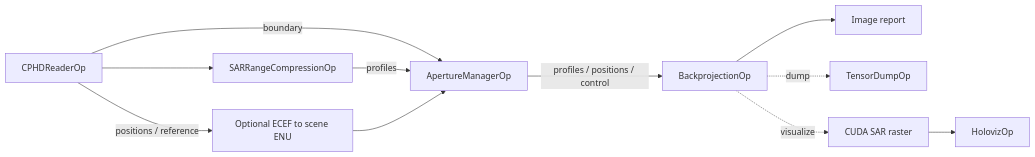
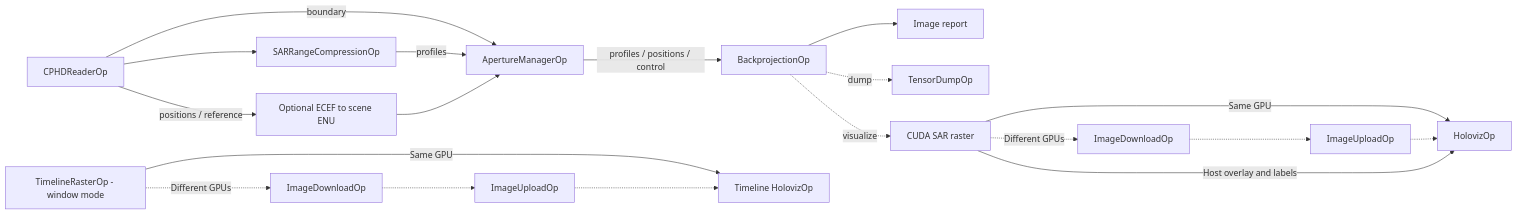
Before and after one commit to nvidia-holoscan/holoscan-radar: the diagram in applications/sar/spotlight/README.md, drawn with Mermaid. The commit also changed 5 other files, not shown here.

````diff
--- a/applications/sar/spotlight/README.md
+++ b/applications/sar/spotlight/README.md
@@ -7,13 +7,19 @@
 ```mermaid
 flowchart LR
     R[CPHDReaderOp] --> RC[SARRangeCompressionOp]
     R -- positions / reference --> E[Optional ECEF to scene ENU]
     R -- boundary --> A[ApertureManagerOp]
     RC -- profiles --> A
     E --> A
     A -- profiles / positions / control --> B[BackprojectionOp]
     B --> Report[Image report]
     B -. dump .-> Dump[TensorDumpOp]
     B -. visualize .-> Raster[CUDA SAR raster]
-    Raster --> Viz[HolovizOp]
+    Raster -->|Same GPU| Viz[HolovizOp]
+    Raster -.->|Different GPUs| Download[ImageDownloadOp]
+    Download -.-> Upload[ImageUploadOp] -.-> Viz
+    Raster -->|Host overlay and labels| Viz
+    Timeline[TimelineRasterOp - window mode] -->|Same GPU| TimelineViz[Timeline HolovizOp]
+    Timeline -.->|Different GPUs| TimelineDownload[ImageDownloadOp]
+    TimelineDownload -.-> TimelineUpload[ImageUploadOp] -.-> TimelineViz
 ```
````
